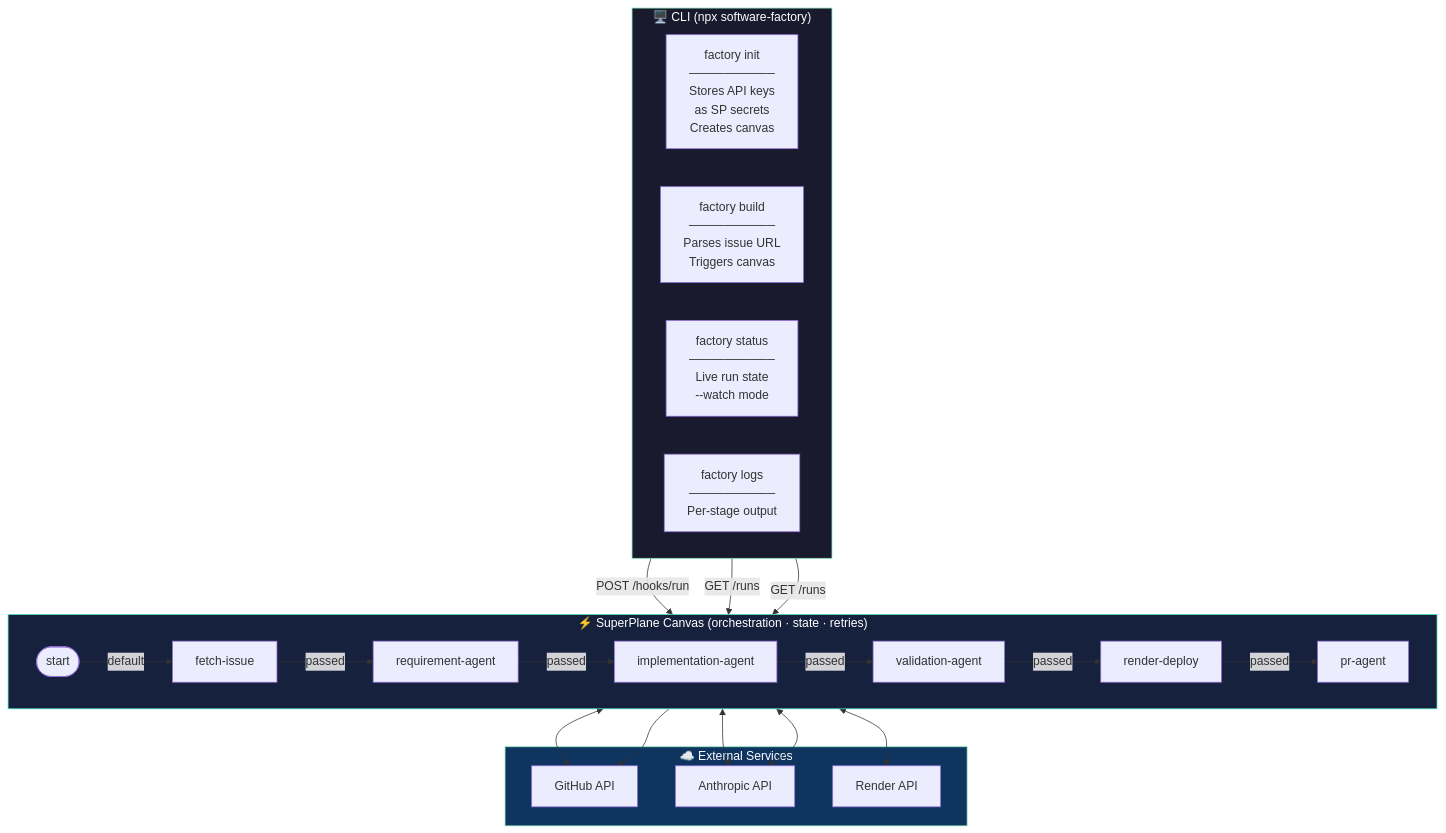
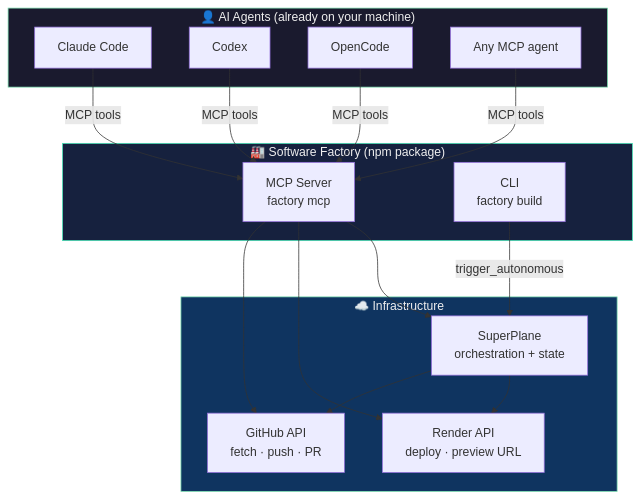
One commit to hongchengw/superplane-render-nyc-hack changed the third of 4 diagrams in README.md. Above: the diagram before and after it, drawn with Mermaid. The commit also changed other lines of this file and 4 other files, not shown here.

First line of the commit message:
feat: agent-first MCP tools, no Anthropic key required v0.1.4

````diff
--- a/README.md
+++ b/README.md
@@ -132,46 +229,32 @@
 ```mermaid
 graph TB
-    subgraph cli["🖥️  CLI  (npx software-factory)"]
-        direction LR
-        init["factory init\n──────────\nStores API keys\nas SP secrets\nCreates canvas"]
-        build["factory build\n──────────\nParses issue URL\nTriggers canvas"]
-        status["factory status\n──────────\nLive run state\n--watch mode"]
-        logs["factory logs\n──────────\nPer-stage output"]
+    subgraph agents["👤 AI Agents (already on your machine)"]
+        cc["Claude Code"]
+        cx["Codex"]
+        oc["OpenCode"]
+        any["Any MCP agent"]
     end
 
-    subgraph sp["⚡  SuperPlane Canvas  (orchestration · state · retries)"]
-        direction LR
-        t([start])
-        fi[fetch-issue]
-        ra[requirement-agent]
-        ia[implementation-agent]
-        va[validation-agent]
-        rd[render-deploy]
-        pa[pr-agent]
-
-        t -->|default| fi
-        fi -->|passed| ra
-        ra -->|passed| ia
-        ia -->|passed| va
-        va -->|passed| rd
-        rd -->|passed| pa
+    subgraph factory["🏭 Software Factory (npm package)"]
+        mcp["MCP Server\nfactory mcp"]
+        cli["CLI\nfactory build"]
     end
 
-    subgraph ext["☁️  External Services"]
-        GH["GitHub API"]
-        AN["Anthropic API"]
-        RE["Render API"]
+    subgraph infra["☁️ Infrastructure"]
+        sp["SuperPlane\norchestration + state"]
+        gh["GitHub API\nfetch · push · PR"]
+        re["Render API\ndeploy · preview URL"]
     end
 
-    build -->|"POST /hooks/run"| t
-    status & logs -->|"GET /runs"| sp
+    cc & cx & oc & any -->|"MCP tools"| mcp
+    cli -->|"trigger_autonomous"| sp
+    mcp --> gh
+    mcp --> re
+    mcp --> sp
+    sp --> gh
+    sp --> re
 
-    fi <--> GH
-    ra & ia <--> AN
-    rd <--> RE
-    pa --> GH
-
-    style cli fill:#1a1a2e,color:#fff,stroke:#7fe2b4
-    style sp  fill:#16213e,color:#fff,stroke:#46E3B7
-    style ext fill:#0f3460,color:#fff,stroke:#7fe2b4
+    style agents fill:#1a1a2e,color:#eee,stroke:#7fe2b4
+    style factory fill:#16213e,color:#eee,stroke:#46E3B7
+    style infra fill:#0f3460,color:#eee,stroke:#7fe2b4
 ```
````
